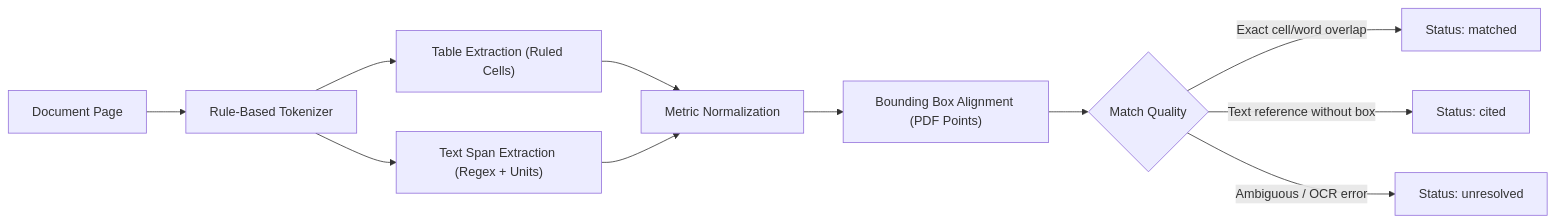
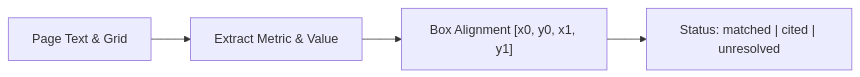
The second of 3 diagrams in docs/methodology.md (GoCarbonTracker/go-carbon-tracker), drawn with Mermaid before and after one commit. The commit also changed other lines of this file and 1 other file, not shown here.

Commit message:
docs: streamline and simplify Mermaid diagrams for compact horizontal alignment

````diff
--- a/docs/methodology.md
+++ b/docs/methodology.md
@@ -55,15 +48,6 @@
 ```mermaid
 flowchart LR
-    P["Document Page"] --> R["Rule-Based Tokenizer"]
-    R --> T["Table Extraction (Ruled Cells)"]
-    R --> TX["Text Span Extraction (Regex + Units)"]
-    
-    T --> M["Metric Normalization"]
-    TX --> M
-    
-    M --> B["Bounding Box Alignment (PDF Points)"]
-    B --> S{"Match Quality"}
-    S -- "Exact cell/word overlap" --> ST1["Status: matched"]
-    S -- "Text reference without box" --> ST2["Status: cited"]
-    S -- "Ambiguous / OCR error" --> ST3["Status: unresolved"]
+    P["Page Text & Grid"] --> E["Extract Metric & Value"]
+    E --> B["Box Alignment [x0, y0, x1, y1]"]
+    B --> S["Status: matched | cited | unresolved"]
 ```
````
